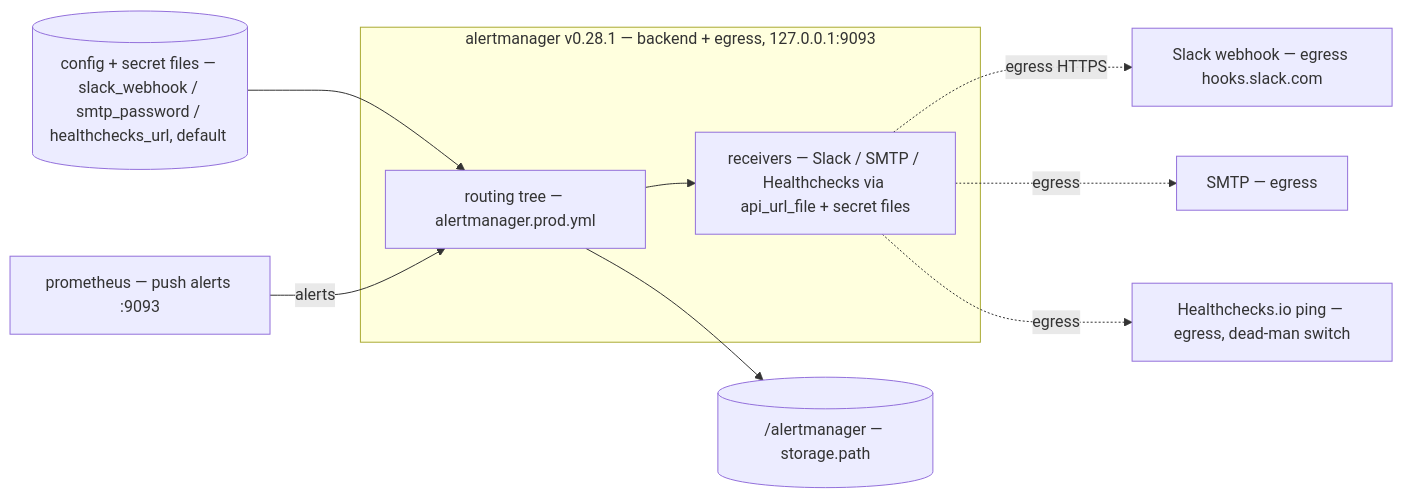
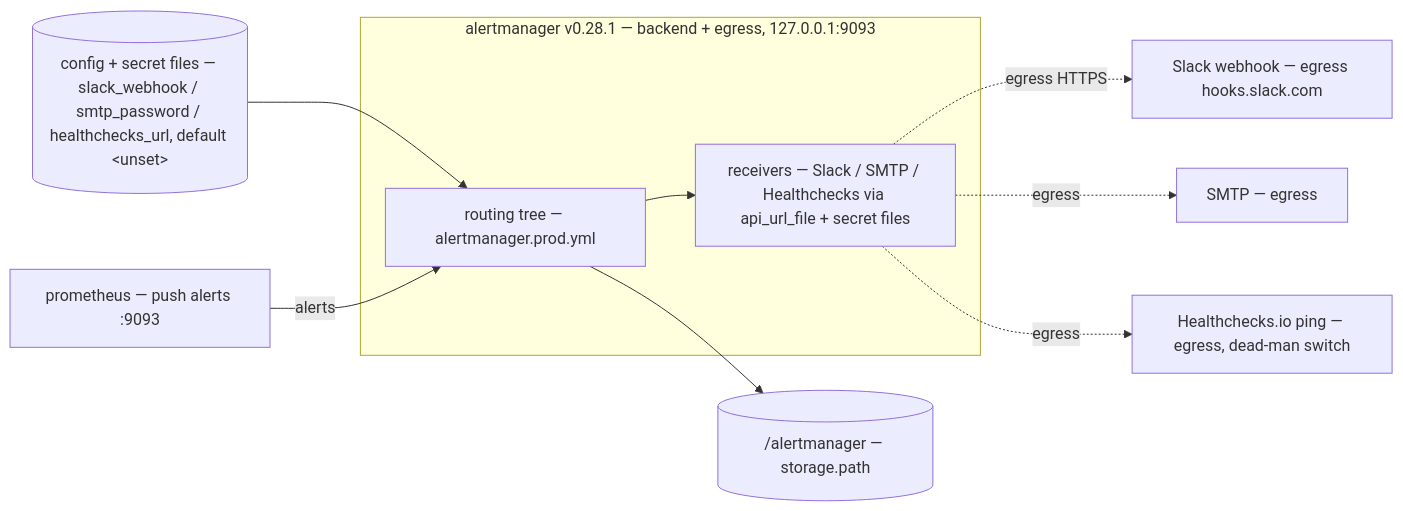
Before and after one commit to noorinalabs/noorinalabs-main: diagram 13 of 22 in docs/architecture-l3.md, drawn with Mermaid.

Commit message:
docs: escape literal <unset> in L3 alertmanager (C.2) mermaid (#771)
Aino's MCP validation caught a real render defect: the C.2 alertmanager `cfg`
node label embedded a literal `<unset>`. Mermaid's strict lexer reads `<` as a
tag-open (`got 'TAGSTART'`) and aborts the whole C.2 diagram → blank box. No CI
job renders mermaid (lint/cspell/lychee don't catch it), so it would have
shipped broken into the #767 Office pipeline.

Fix: HTML-escape to `&lt;unset&gt;` (renders as the literal `<unset>`
placeholder, faithful to the compose default). Pure escaping change — no claim
altered; Nadia's system-truth/scrape-set approval is unaffected.

Validated via the Mermaid Chart MCP: pre-fix `<unset>` → INVALID (TAGSTART);
post-fix `&lt;unset&gt;` → valid=true. Swept all mermaid blocks for `<[a-zA-Z/]`
— C.2 was the only in-diagram angle bracket (lines ~153/468/495 are backticked
prose, safe). Full mmdc pass: 22/22 render.

Part of #771
Part of #765

````diff
--- a/docs/architecture-l3.md
+++ b/docs/architecture-l3.md
@@ -471,20 +471,20 @@
 ```mermaid
 flowchart LR
   prom["prometheus — push alerts :9093"]
   subgraph am["alertmanager v0.28.1 — backend + egress, 127.0.0.1:9093"]
     route["routing tree — alertmanager.prod.yml"]
     recv["receivers — Slack / SMTP / Healthchecks via api_url_file + secret files"]
   end
-  cfg[("config + secret files — slack_webhook / smtp_password / healthchecks_url, default <unset>")]
+  cfg[("config + secret files — slack_webhook / smtp_password / healthchecks_url, default &lt;unset&gt;")]
   store[("/alertmanager — storage.path")]
   slack["Slack webhook — egress hooks.slack.com"]
   smtp["SMTP — egress"]
   hc["Healthchecks.io ping — egress, dead-man switch"]
 
   cfg --> route
   prom -->|alerts| route --> recv
   recv -.->|egress HTTPS| slack
   recv -.->|egress| smtp
   recv -.->|egress| hc
   route --> store
 ```
````
